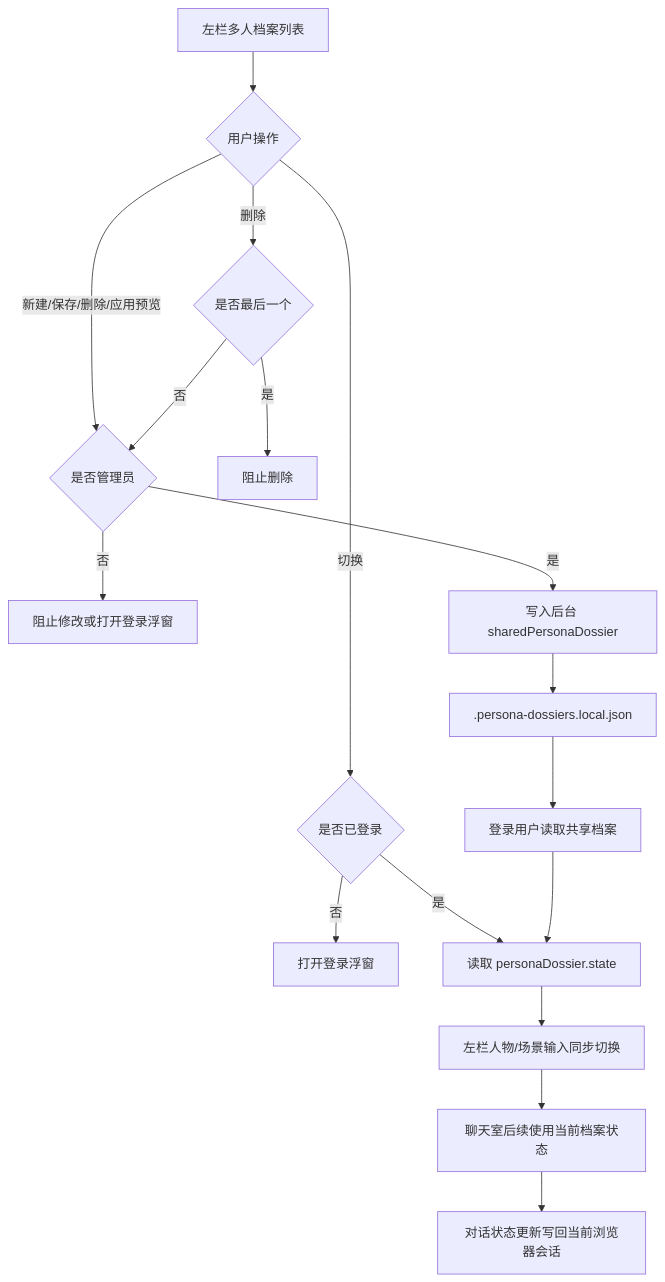
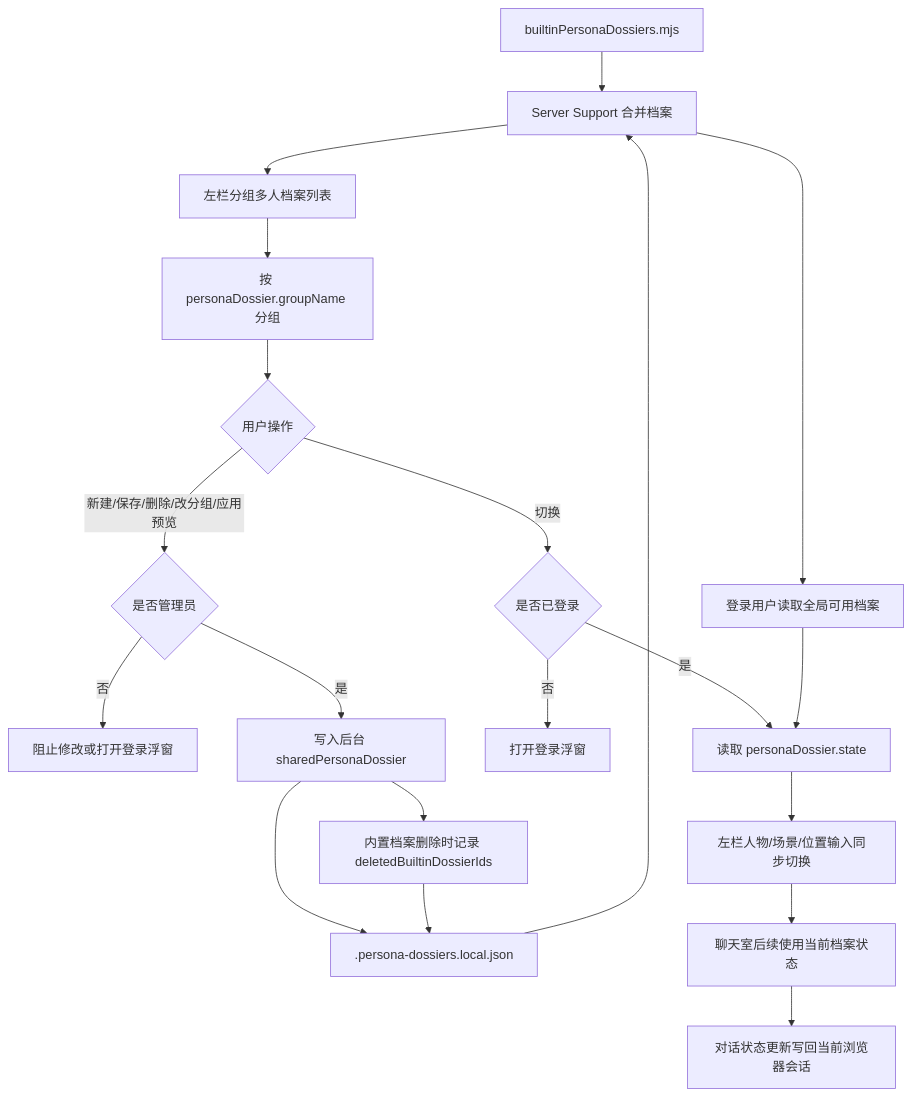
One commit to ttmanthatman/virtual-human-flow changed the eighth of 30 diagrams in docs/SYSTEM_FLOW.md. Above: the diagram before and after it, drawn with Mermaid. The commit also changed other lines of this file and 13 other files, not shown here.

Commit message:
Add grouped persona dossiers with locations

````diff
--- a/docs/SYSTEM_FLOW.md
+++ b/docs/SYSTEM_FLOW.md
@@ -188,19 +190,22 @@
 ```mermaid
 flowchart TD
-    A[左栏多人档案列表] --> B{用户操作}
-    B -- 新建/保存/删除/应用预览 --> ADMIN{是否管理员}
+    BUILTIN[builtinPersonaDossiers.mjs] --> MERGE[Server Support 合并档案]
+    STORE[.persona-dossiers.local.json] --> MERGE
+    MERGE --> A[左栏分组多人档案列表]
+    A --> GROUP[按 personaDossier.groupName 分组]
+    GROUP --> B{用户操作}
+    B -- 新建/保存/删除/改分组/应用预览 --> ADMIN{是否管理员}
     ADMIN -- 否 --> BLOCK[阻止修改或打开登录浮窗]
     ADMIN -- 是 --> C[写入后台 sharedPersonaDossier]
     B -- 切换 --> LOGIN{是否已登录}
     LOGIN -- 否 --> POP[打开登录浮窗]
     LOGIN -- 是 --> D[读取 personaDossier.state]
-    B -- 删除 --> E{是否最后一个}
-    E -- 是 --> F[阻止删除]
-    E -- 否 --> ADMIN
-    C --> STORE[.persona-dossiers.local.json]
-    STORE --> READ[登录用户读取共享档案]
+    C --> STORE
+    C --> TOMBSTONE[内置档案删除时记录 deletedBuiltinDossierIds]
+    TOMBSTONE --> STORE
+    MERGE --> READ[登录用户读取全局可用档案]
     READ --> D
-    D --> H[左栏人物/场景输入同步切换]
+    D --> H[左栏人物/场景/位置输入同步切换]
     H --> I[聊天室后续使用当前档案状态]
     I --> J[对话状态更新写回当前浏览器会话]
 ```
````
